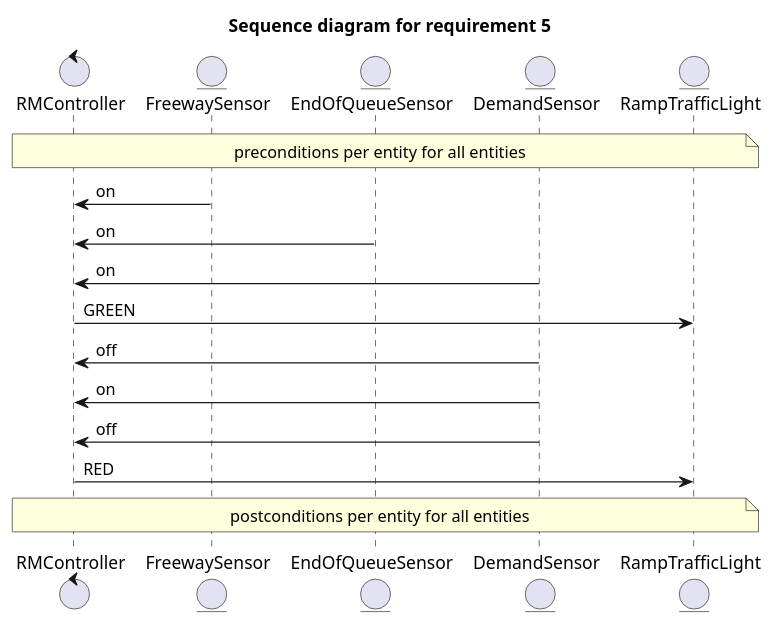
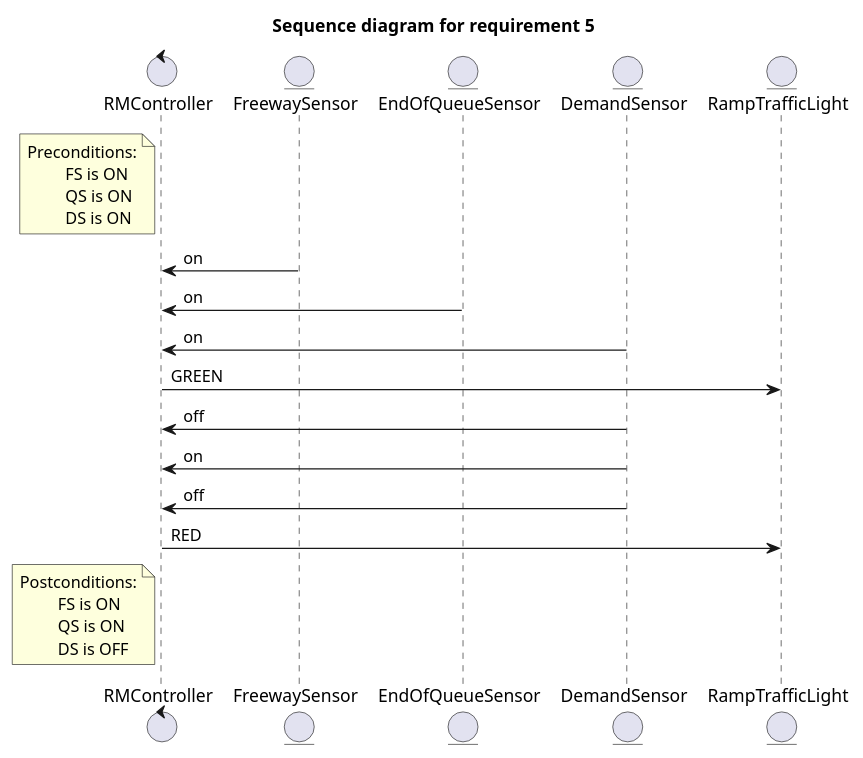
The diagram in 01_RequirementsChecking/sequence_diagram_req5.puml (MaksimKarnaukh/MoSIS), drawn with PlantUML before and after one commit. The commit also changed 2 other files, not shown here.

```diff
--- a/01_RequirementsChecking/sequence_diagram_req5.puml
+++ b/01_RequirementsChecking/sequence_diagram_req5.puml
@@ -1,38 +1,37 @@
 @startuml
 
 '5) When the FS is ON and the QS is ON,
 'if DS is turned ON, it indicates intense traffic over the ramp.
 'In this scenario, two cars must cross the TL before it turns RED.
 'Then, set TL to GREEN. After DS is OFF, ON and OFF (two cars),
 'turn TL to RED.
 
 title "Sequence diagram for requirement 5"
-
-note across: preconditions per entity for all entities
 
 control RMController as RMC
 entity FreewaySensor as FS
 entity EndOfQueueSensor as QS
 entity DemandSensor as DS
 entity RampTrafficLight as RTL
 
 'note over FS : Preconditions:\n\t Turned OFF
 'note over QS : Preconditions:\n\t Turned ON
 'note over DS : Preconditions:\n\t Turned ON
 
+note left of RMC: Preconditions:\n\t FS is ON\n\t QS is ON\n\t DS is ON
 
 FS -> RMC: on
 QS -> RMC: on
 DS -> RMC: on
 
 RMC -> RTL: GREEN
 
 DS -> RMC: off
 DS -> RMC: on
 DS -> RMC: off
 
 RMC -> RTL: RED
 
-note across: postconditions per entity for all entities
+note left of RMC: Postconditions:\n\t FS is ON\n\t QS is ON\n\t DS is OFF
 
 @enduml
```
